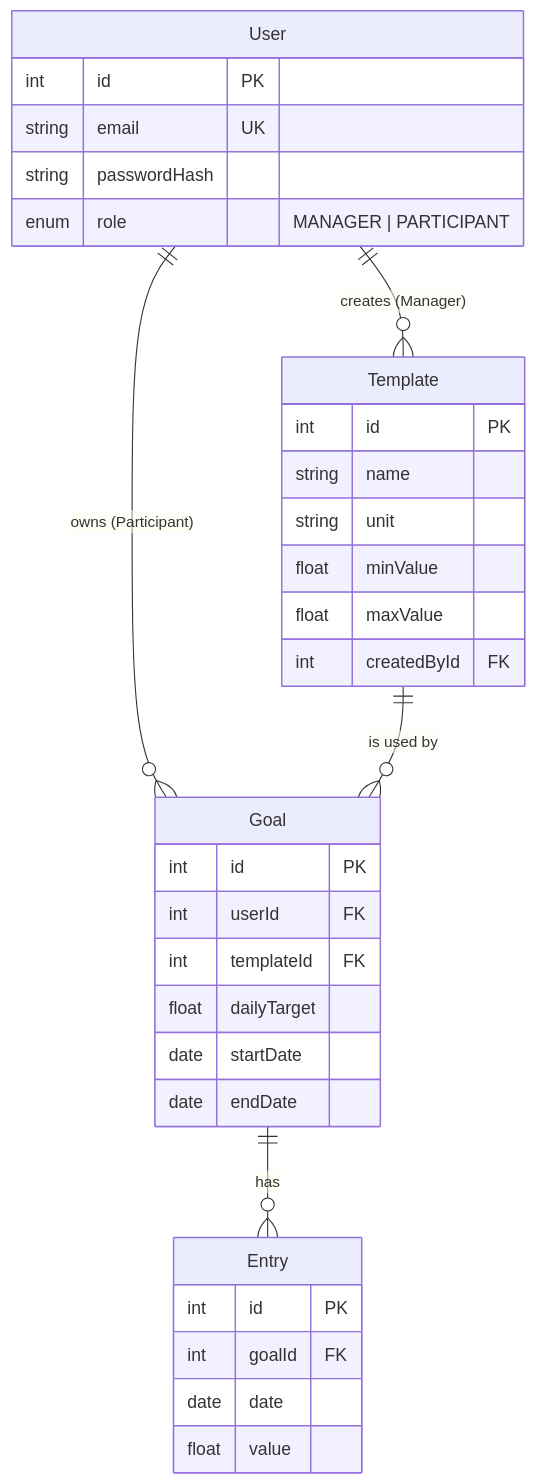
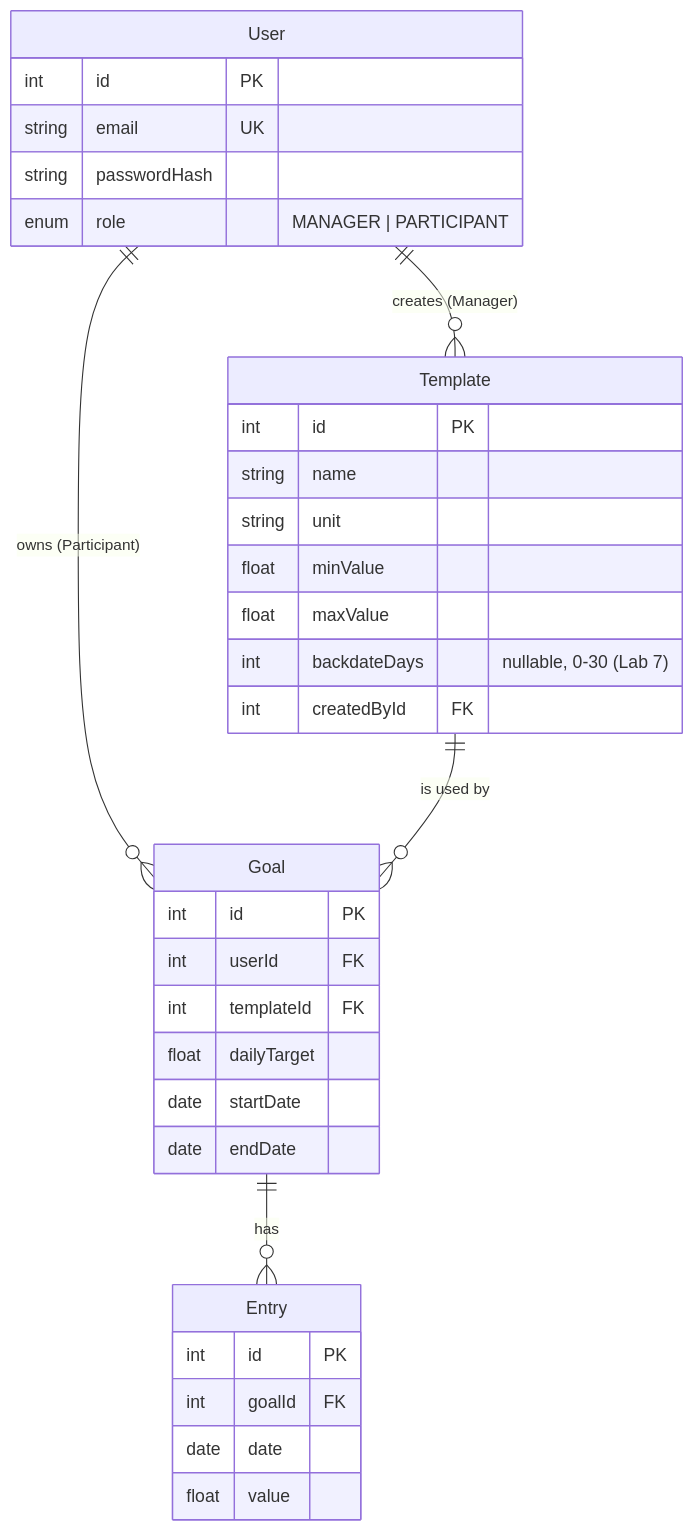
Before and after one commit to asamapornch/habit-activity-tracker: the diagram in docs/system-sds.md, drawn with Mermaid. The commit also changed other lines of this file and 6 other files, not shown here.

````diff
--- a/docs/system-sds.md
+++ b/docs/system-sds.md
@@ -37,35 +37,36 @@
 ```mermaid
 erDiagram
     User ||--o{ Template : "creates (Manager)"
     User ||--o{ Goal : "owns (Participant)"
     Template ||--o{ Goal : "is used by"
     Goal ||--o{ Entry : "has"
     User {
       int id PK
       string email UK
       string passwordHash
       enum role "MANAGER | PARTICIPANT"
     }
     Template {
       int id PK
       string name
       string unit
       float minValue
       float maxValue
+      int backdateDays "nullable, 0-30 (Lab 7)"
       int createdById FK
     }
     Goal {
       int id PK
       int userId FK
       int templateId FK
       float dailyTarget
       date startDate
       date endDate
     }
     Entry {
       int id PK
       int goalId FK
       date date
       float value
     }
 ```
````
